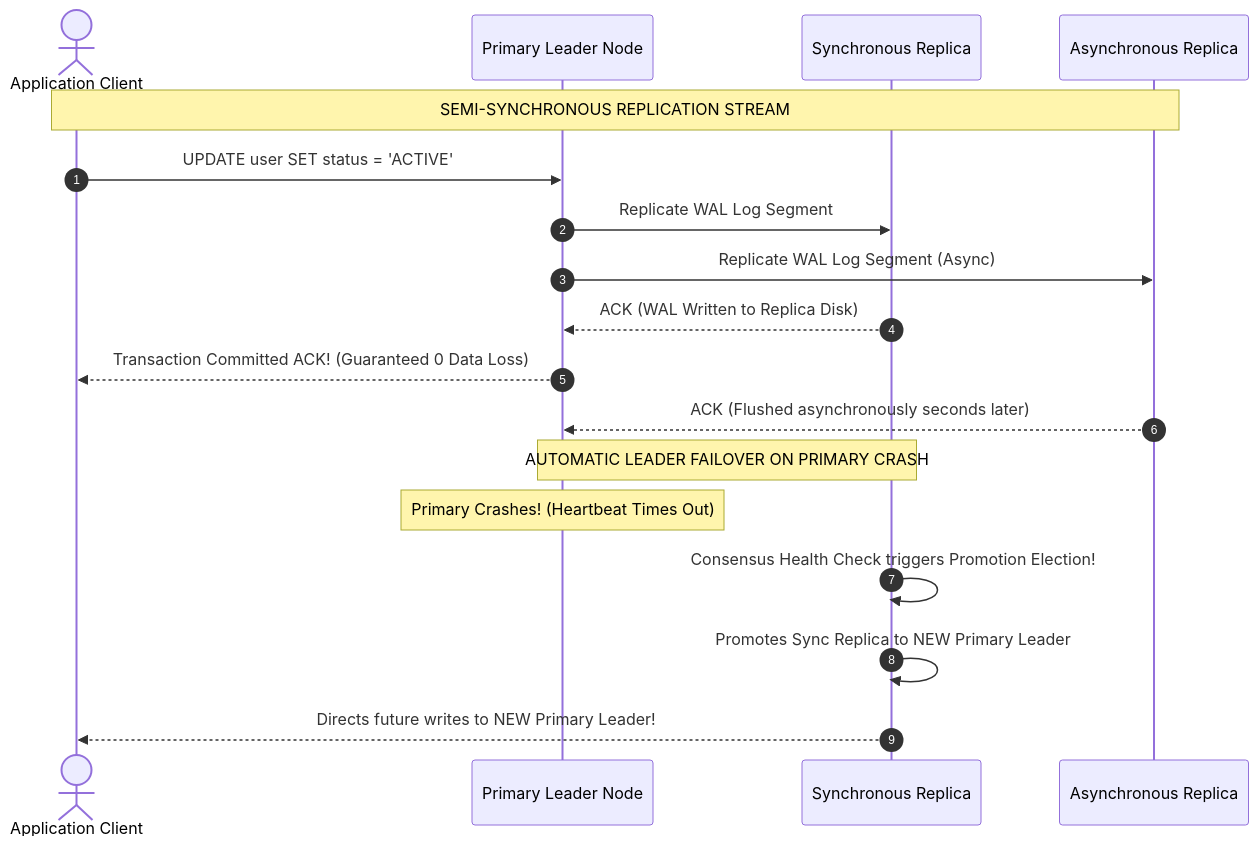
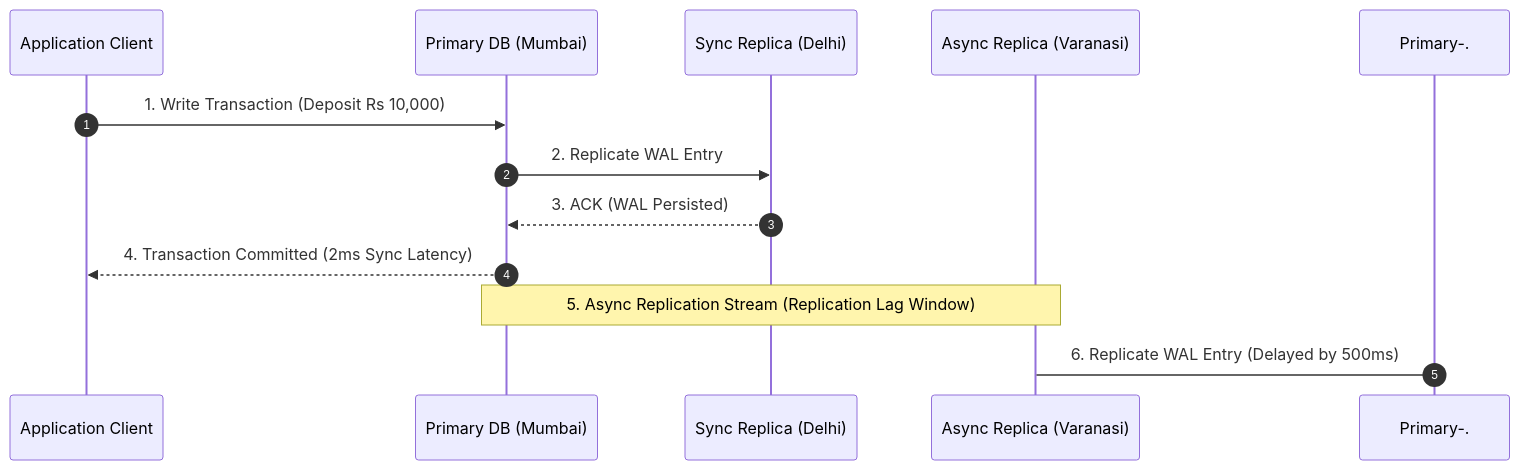
Before and after one commit to Amie-dev/engineering-playbook: the second of 3 diagrams in system-design-notes/10-database-replication.md, drawn with Mermaid. The commit also changed other lines of this file and 33 other files, not shown here.

````diff
--- a/system-design-notes/10-database-replication.md
+++ b/system-design-notes/10-database-replication.md
@@ -50,22 +39,16 @@
 ```mermaid
 sequenceDiagram
     autonumber
-    actor Client as Application Client
-    participant Primary as Primary Leader Node
-    participant SyncR as Synchronous Replica
-    participant AsyncR as Asynchronous Replica
+    participant App as Application Client
+    participant Primary as Primary DB (Mumbai)
+    participant SyncRep as Sync Replica (Delhi)
+    participant AsyncRep as Async Replica (Varanasi)
 
-    note over Client,AsyncR: SEMI-SYNCHRONOUS REPLICATION STREAM
-    Client->>Primary: UPDATE user SET status = 'ACTIVE'
-    Primary->>SyncR: Replicate WAL Log Segment
-    Primary->>AsyncR: Replicate WAL Log Segment (Async)
-    SyncR-->>Primary: ACK (WAL Written to Replica Disk)
-    Primary-->>Client: Transaction Committed ACK! (Guaranteed 0 Data Loss)
-    AsyncR-->>Primary: ACK (Flushed asynchronously seconds later)
-
-    note over Primary,SyncR: AUTOMATIC LEADER FAILOVER ON PRIMARY CRASH
-    note over Primary: Primary Crashes! (Heartbeat Times Out)
-    SyncR->>SyncR: Consensus Health Check triggers Promotion Election!
-    SyncR->>SyncR: Promotes Sync Replica to NEW Primary Leader
-    SyncR-->>Client: Directs future writes to NEW Primary Leader!
+    App->>Primary: 1. Write Transaction (Deposit Rs 10,000)
+    Primary->>SyncRep: 2. Replicate WAL Entry
+    SyncRep-->>Primary: 3. ACK (WAL Persisted)
+    Primary-->>App: 4. Transaction Committed (2ms Sync Latency)
+    
+    Note over Primary,AsyncRep: 5. Async Replication Stream (Replication Lag Window)
+    Primary-.->AsyncRep: 6. Replicate WAL Entry (Delayed by 500ms)
 ```
````
